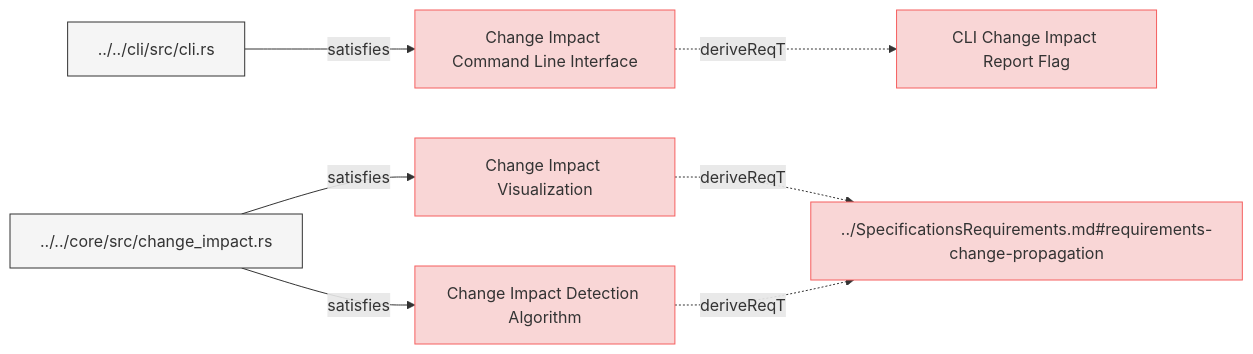
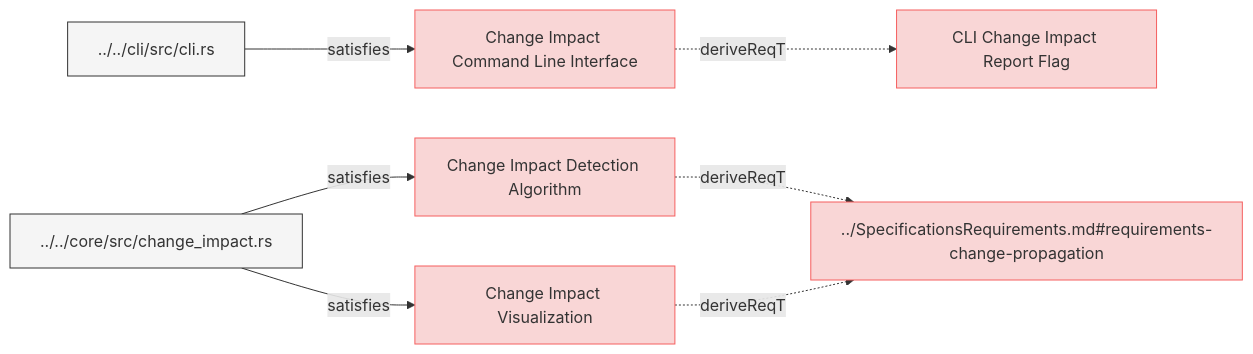
Before and after one commit to reqvire-org/reqvire: the diagram in specifications/SystemRequirements/ChangeImpactPropagation.md, drawn with Mermaid. The commit also changed 17 other files, not shown here.

First line of the commit message:
Enhance diagram links with stable git repository URLs

````diff
--- a/specifications/SystemRequirements/ChangeImpactPropagation.md
+++ b/specifications/SystemRequirements/ChangeImpactPropagation.md
@@ -6,36 +6,36 @@
 ```mermaid
 graph LR;
   %% Graph styling
   classDef requirement fill:#f9d6d6,stroke:#f55f5f,stroke-width:1px;
   classDef verification fill:#d6f9d6,stroke:#5fd75f,stroke-width:1px;
   classDef externalLink fill:#d0e0ff,stroke:#3080ff,stroke-width:1px;
   classDef default fill:#f5f5f5,stroke:#333333,stroke-width:1px;
 
   6e747b7f03732873["Change Impact Command Line Interface"];
-  click 6e747b7f03732873 "ChangeImpactPropagation.md#change-impact-command-line-interface";
+  click 6e747b7f03732873 "https://github.com/ilijaljubicic/ReqFlow/blob/a94231473c9a4a56fe21608ebd13787e0cc3f2dc/specifications/SystemRequirements/ChangeImpactPropagation.md#change-impact-command-line-interface";
   class 6e747b7f03732873 requirement;
   665b7456c9b61ded["CLI Change Impact Report Flag"];
   class 665b7456c9b61ded requirement;
-  click 665b7456c9b61ded "Requirements.md#cli-change-impact-report-flag";
+  click 665b7456c9b61ded "https://github.com/ilijaljubicic/ReqFlow/blob/a94231473c9a4a56fe21608ebd13787e0cc3f2dc/specifications/SystemRequirements/Requirements.md#cli-change-impact-report-flag";
   6e747b7f03732873 -.->|deriveReqT| 665b7456c9b61ded;
   11ffc4632afd7c4c["../../cli/src/cli.rs"];
   class 11ffc4632afd7c4c default;
-  click 11ffc4632afd7c4c "../../cli/src/cli.rs";
+  click 11ffc4632afd7c4c "https://github.com/ilijaljubicic/ReqFlow/blob/a94231473c9a4a56fe21608ebd13787e0cc3f2dc/cli/src/cli.rs";
   11ffc4632afd7c4c -->|satisfies| 6e747b7f03732873;
-  c23729cc550de84b["Change Impact Visualization"];
-  click c23729cc550de84b "ChangeImpactPropagation.md#change-impact-visualization";
-  class c23729cc550de84b requirement;
+  d17b0775f448b19b["Change Impact Detection Algorithm"];
+  click d17b0775f448b19b "https://github.com/ilijaljubicic/ReqFlow/blob/a94231473c9a4a56fe21608ebd13787e0cc3f2dc/specifications/SystemRequirements/ChangeImpactPropagation.md#change-impact-detection-algorithm";
+  class d17b0775f448b19b requirement;
   745439d5fc0154d1["../SpecificationsRequirements.md#requirements-change-propagation"];
   class 745439d5fc0154d1 requirement;
-  click 745439d5fc0154d1 "../SpecificationsRequirements.md#requirements-change-propagation";
-  c23729cc550de84b -.->|deriveReqT| 745439d5fc0154d1;
+  click 745439d5fc0154d1 "https://github.com/ilijaljubicic/ReqFlow/blob/a94231473c9a4a56fe21608ebd13787e0cc3f2dc/specifications/SpecificationsRequirements.md#requirements-change-propagation";
+  d17b0775f448b19b -.->|deriveReqT| 745439d5fc0154d1;
   cc976e6bcded86e7["../../core/src/change_impact.rs"];
   class cc976e6bcded86e7 default;
-  click cc976e6bcded86e7 "../../core/src/change_impact.rs";
+  click cc976e6bcded86e7 "https://github.com/ilijaljubicic/ReqFlow/blob/a94231473c9a4a56fe21608ebd13787e0cc3f2dc/core/src/change_impact.rs";
+  cc976e6bcded86e7 -->|satisfies| d17b0775f448b19b;
+  c23729cc550de84b["Change Impact Visualization"];
+  click c23729cc550de84b "https://github.com/ilijaljubicic/ReqFlow/blob/a94231473c9a4a56fe21608ebd13787e0cc3f2dc/specifications/SystemRequirements/ChangeImpactPropagation.md#change-impact-visualization";
+  class c23729cc550de84b requirement;
+  c23729cc550de84b -.->|deriveReqT| 745439d5fc0154d1;
   cc976e6bcded86e7 -->|satisfies| c23729cc550de84b;
-  d17b0775f448b19b["Change Impact Detection Algorithm"];
-  click d17b0775f448b19b "ChangeImpactPropagation.md#change-impact-detection-algorithm";
-  class d17b0775f448b19b requirement;
-  d17b0775f448b19b -.->|deriveReqT| 745439d5fc0154d1;
-  cc976e6bcded86e7 -->|satisfies| d17b0775f448b19b;
 ```
````
